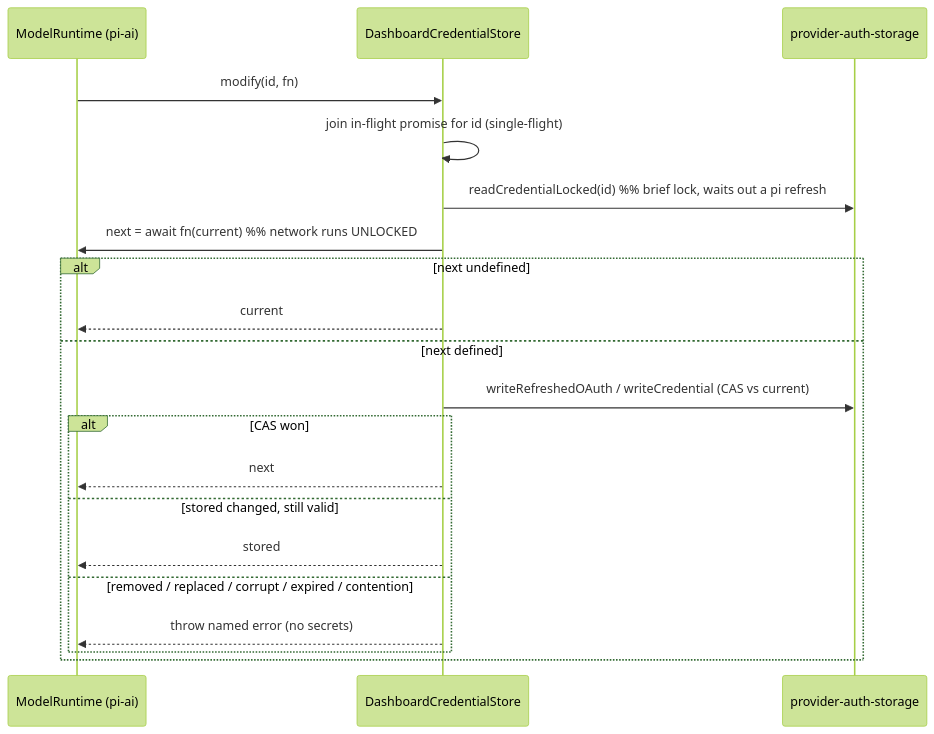
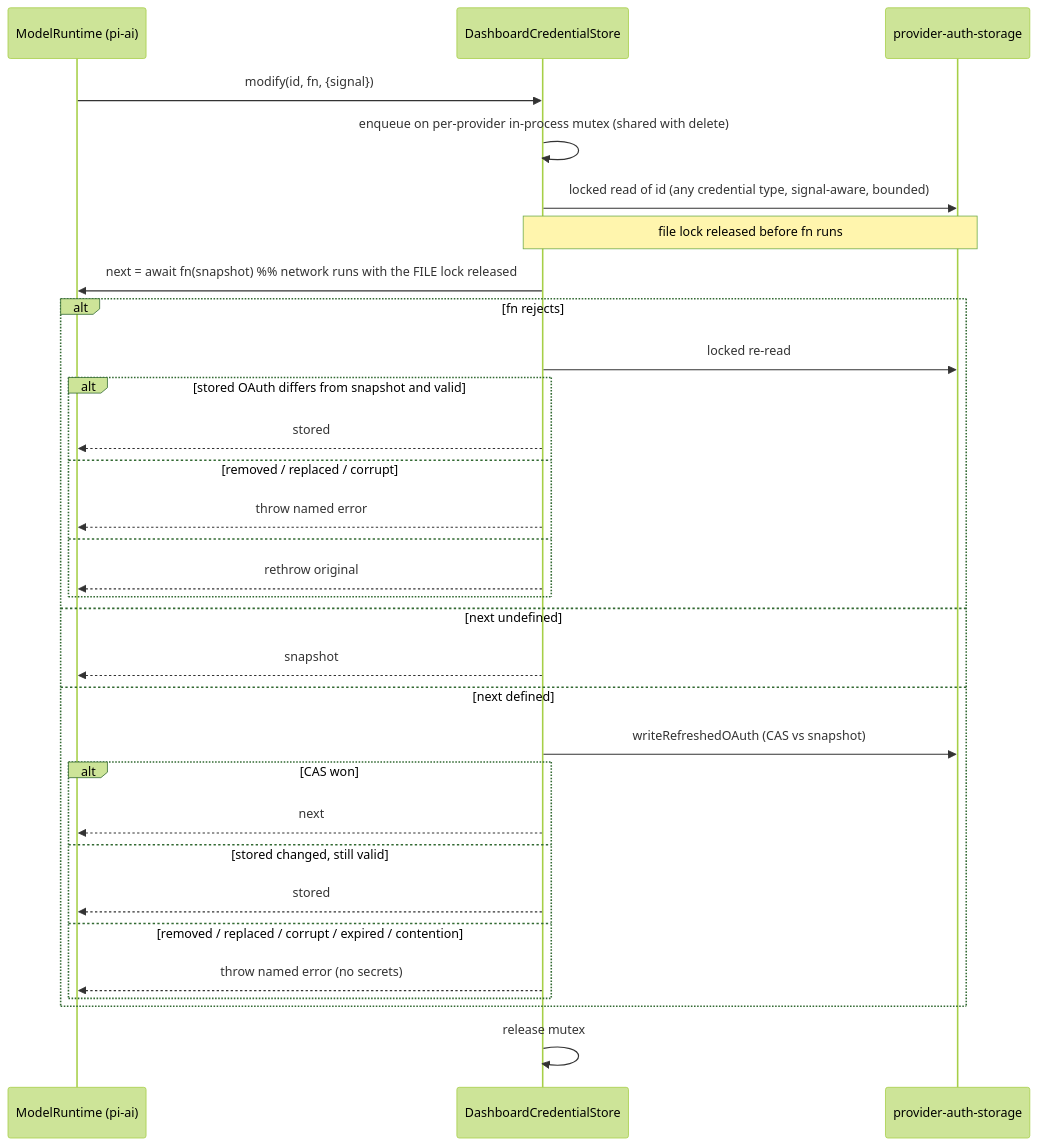
The diagram in openspec/changes/collapse-model-proxy-onto-modelruntime/design.md (BlackBeltTechnology/pi-agent-dashboard), drawn with Mermaid (forest theme) before and after one commit. The commit also changed other lines of this file and 4 other files, not shown here.

````diff
--- a/openspec/changes/collapse-model-proxy-onto-modelruntime/design.md
+++ b/openspec/changes/collapse-model-proxy-onto-modelruntime/design.md
@@ -17,22 +22,33 @@
 ```mermaid
 sequenceDiagram
   participant MR as ModelRuntime (pi-ai)
   participant S as DashboardCredentialStore
   participant P as provider-auth-storage
-  MR->>S: modify(id, fn)
-  S->>S: join in-flight promise for id (single-flight)
-  S->>P: readCredentialLocked(id)  %% brief lock, waits out a pi refresh
-  S->>MR: next = await fn(current)  %% network runs UNLOCKED
-  alt next undefined
-    S-->>MR: current
+  MR->>S: modify(id, fn, {signal})
+  S->>S: enqueue on per-provider in-process mutex (shared with delete)
+  S->>P: locked read of id (any credential type, signal-aware, bounded)
+  Note over S,P: file lock released before fn runs
+  S->>MR: next = await fn(snapshot)  %% network runs with the FILE lock released
+  alt fn rejects
+    S->>P: locked re-read
+    alt stored OAuth differs from snapshot and valid
+      S-->>MR: stored
+    else removed / replaced / corrupt
+      S-->>MR: throw named error
+    else
+      S-->>MR: rethrow original
+    end
+  else next undefined
+    S-->>MR: snapshot
   else next defined
-    S->>P: writeRefreshedOAuth / writeCredential (CAS vs current)
+    S->>P: writeRefreshedOAuth (CAS vs snapshot)
     alt CAS won
       S-->>MR: next
     else stored changed, still valid
       S-->>MR: stored
     else removed / replaced / corrupt / expired / contention
       S-->>MR: throw named error (no secrets)
     end
   end
+  S->>S: release mutex
 ```
````
